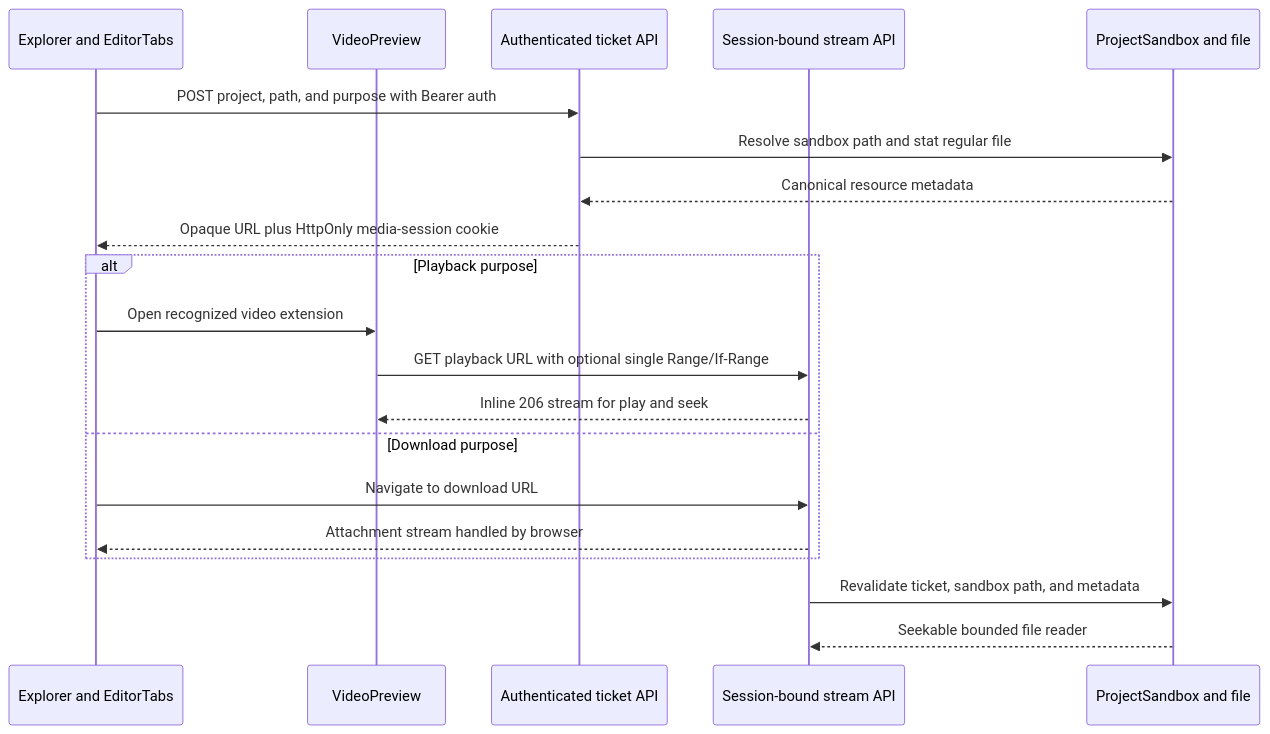
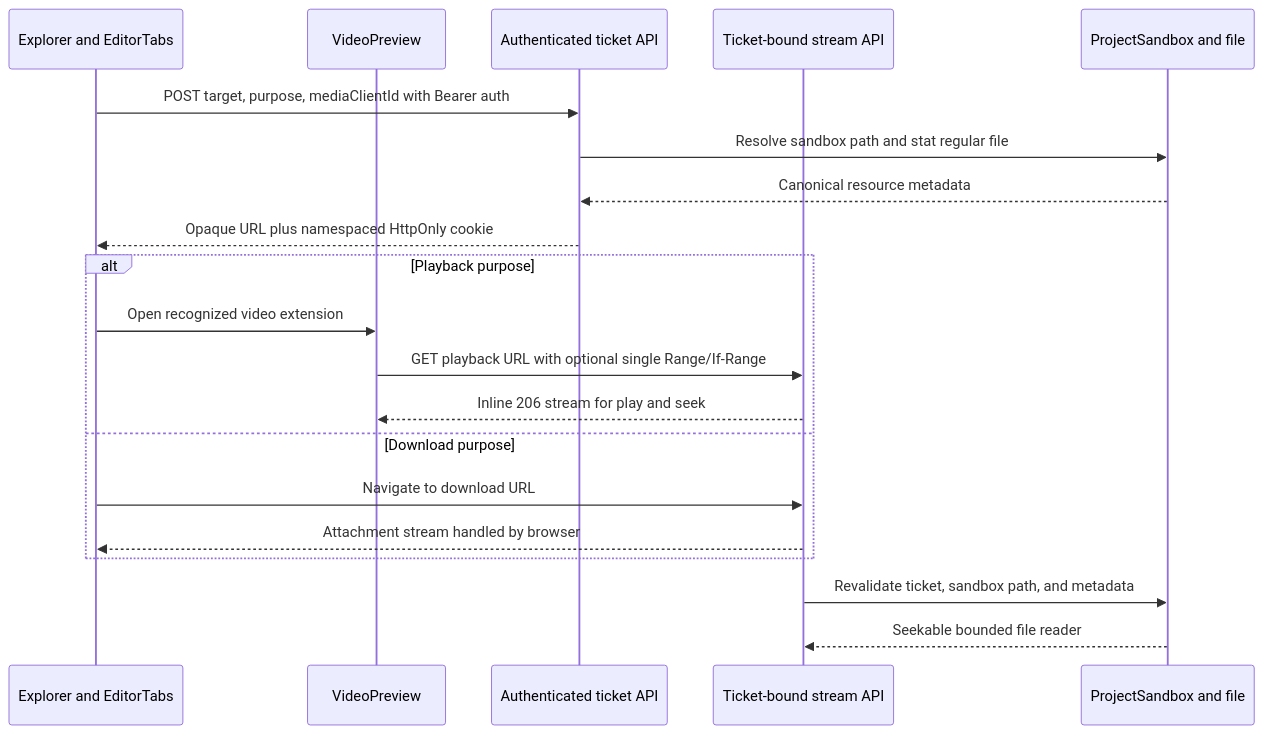
One commit to loidinhm31/dam-hopper changed diagram 11 of 17 in docs/system-architecture.md. Above: the diagram before and after it, drawn with Mermaid. The commit also changed other lines of this file and 43 other files, not shown here.

Commit message:
feat(media): implement media session isolation and encrypted-write ownership

````diff
--- a/docs/system-architecture.md
+++ b/docs/system-architecture.md
@@ -2714,22 +2751,22 @@
 ```mermaid
 sequenceDiagram
     participant E as Explorer and EditorTabs
     participant V as VideoPreview
     participant A as Authenticated ticket API
-    participant S as Session-bound stream API
+    participant S as Ticket-bound stream API
     participant F as ProjectSandbox and file
-    E->>A: POST project, path, and purpose with Bearer auth
+    E->>A: POST target, purpose, mediaClientId with Bearer auth
     A->>F: Resolve sandbox path and stat regular file
     F-->>A: Canonical resource metadata
-    A-->>E: Opaque URL plus HttpOnly media-session cookie
+    A-->>E: Opaque URL plus namespaced HttpOnly cookie
     alt Playback purpose
         E->>V: Open recognized video extension
         V->>S: GET playback URL with optional single Range/If-Range
         S-->>V: Inline 206 stream for play and seek
     else Download purpose
         E->>S: Navigate to download URL
         S-->>E: Attachment stream handled by browser
     end
     S->>F: Revalidate ticket, sandbox path, and metadata
     F-->>S: Seekable bounded file reader
 ```
````
